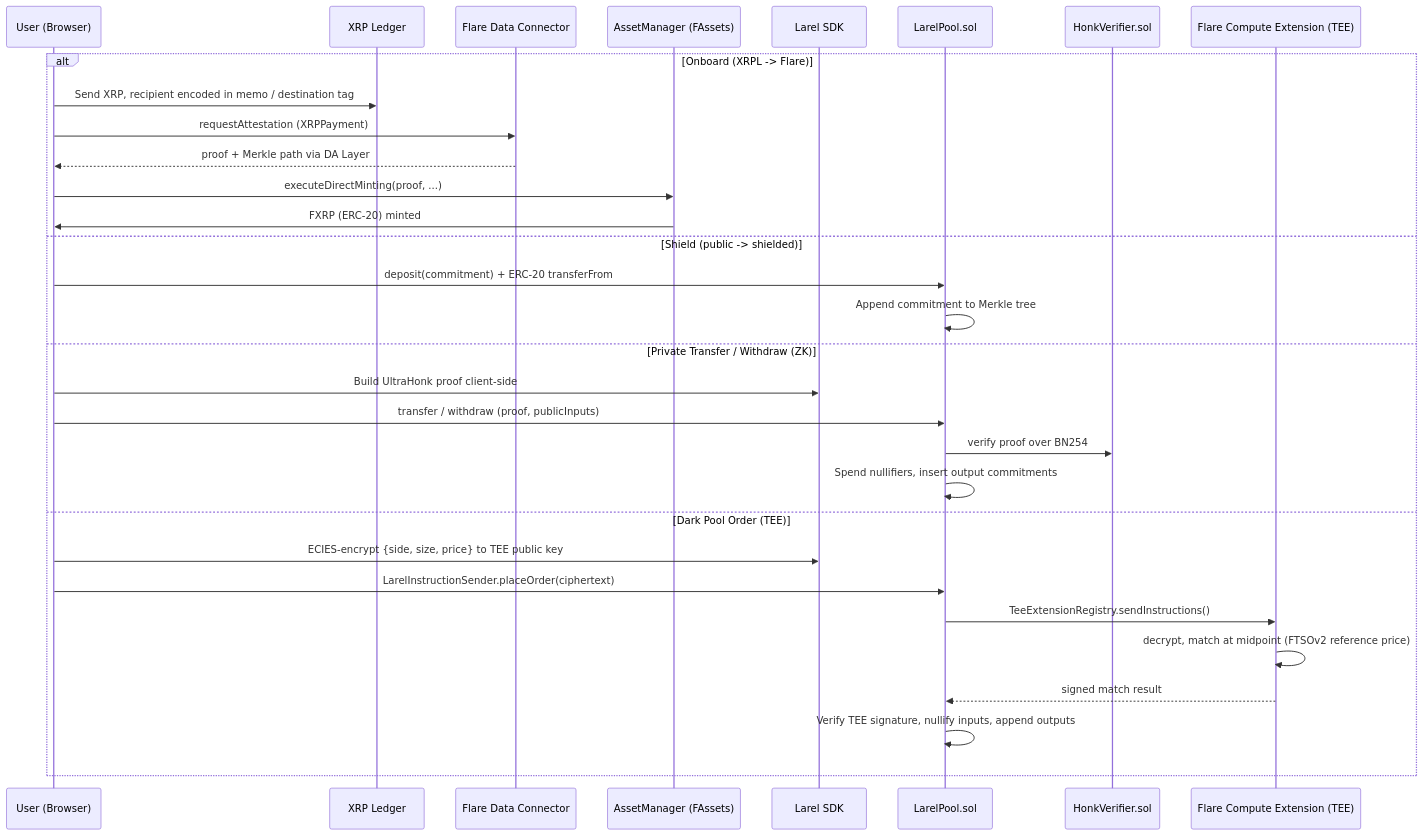
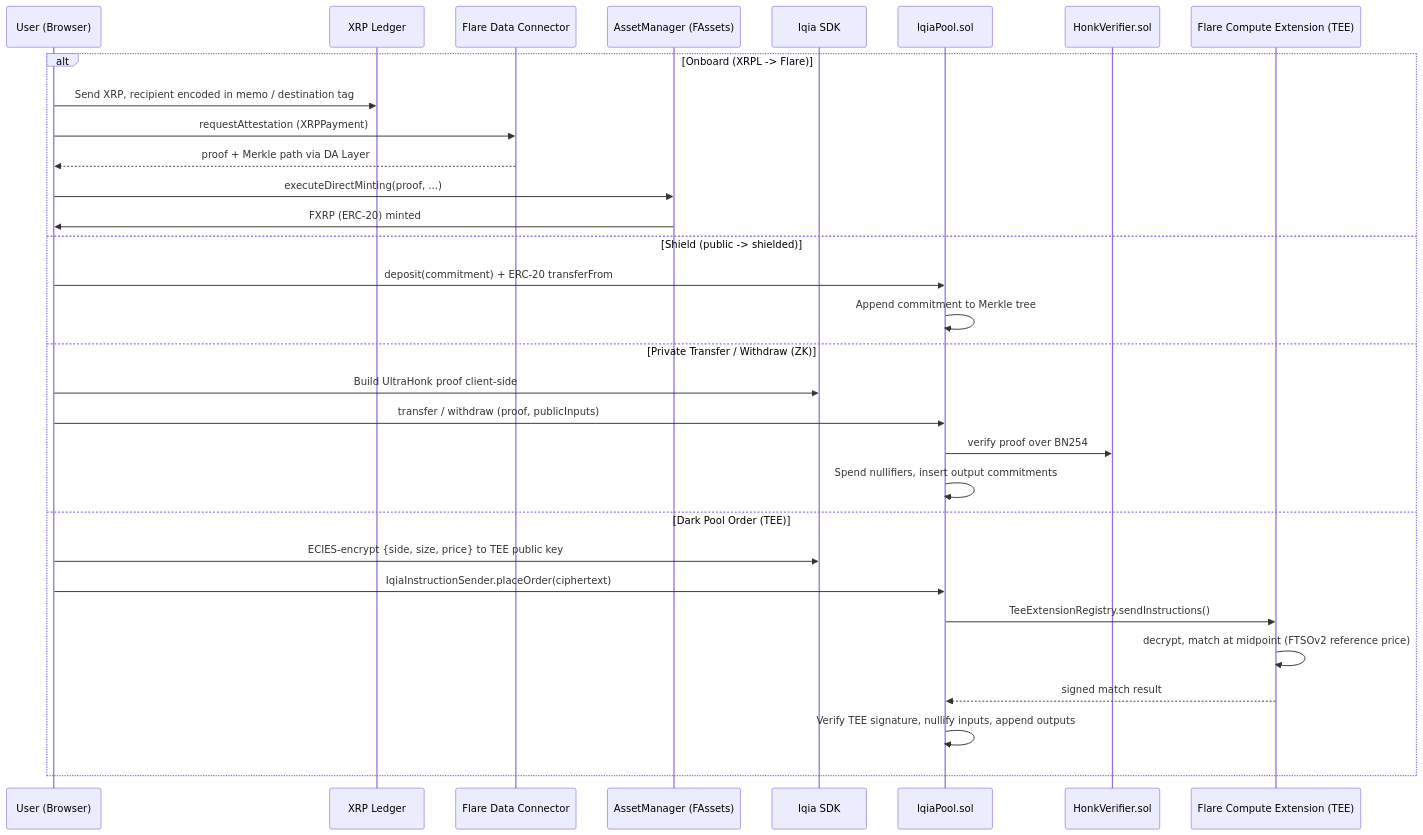
Before and after one commit to maulana-tech/qia-1inch: the first of 2 diagrams in README.md, drawn with Mermaid. The commit also changed other lines of this file and 106 other files, not shown here.

First line of the commit message:
Ganti nama aplikasi dari Larel menjadi Iqia

````diff
--- a/README.md
+++ b/README.md
@@ -184,34 +184,34 @@
 ```mermaid
 sequenceDiagram
     participant User as User (Browser)
     participant XRPL as XRP Ledger
     participant FDC as Flare Data Connector
     participant AM as AssetManager (FAssets)
-    participant SDK as Larel SDK
-    participant Pool as LarelPool.sol
+    participant SDK as Iqia SDK
+    participant Pool as IqiaPool.sol
     participant Verifier as HonkVerifier.sol
     participant TEE as Flare Compute Extension (TEE)
 
     alt Onboard (XRPL -> Flare)
         User->>XRPL: Send XRP, recipient encoded in memo / destination tag
         User->>FDC: requestAttestation (XRPPayment)
         FDC-->>User: proof + Merkle path via DA Layer
         User->>AM: executeDirectMinting(proof, ...)
         AM->>User: FXRP (ERC-20) minted
     else Shield (public -> shielded)
         User->>Pool: deposit(commitment) + ERC-20 transferFrom
         Pool->>Pool: Append commitment to Merkle tree
     else Private Transfer / Withdraw (ZK)
         User->>SDK: Build UltraHonk proof client-side
         User->>Pool: transfer / withdraw (proof, publicInputs)
         Pool->>Verifier: verify proof over BN254
         Pool->>Pool: Spend nullifiers, insert output commitments
     else Dark Pool Order (TEE)
         User->>SDK: ECIES-encrypt {side, size, price} to TEE public key
-        User->>Pool: LarelInstructionSender.placeOrder(ciphertext)
+        User->>Pool: IqiaInstructionSender.placeOrder(ciphertext)
         Pool->>TEE: TeeExtensionRegistry.sendInstructions()
         TEE->>TEE: decrypt, match at midpoint (FTSOv2 reference price)
         TEE-->>Pool: signed match result
         Pool->>Pool: Verify TEE signature, nullify inputs, append outputs
     end
 ```
````
